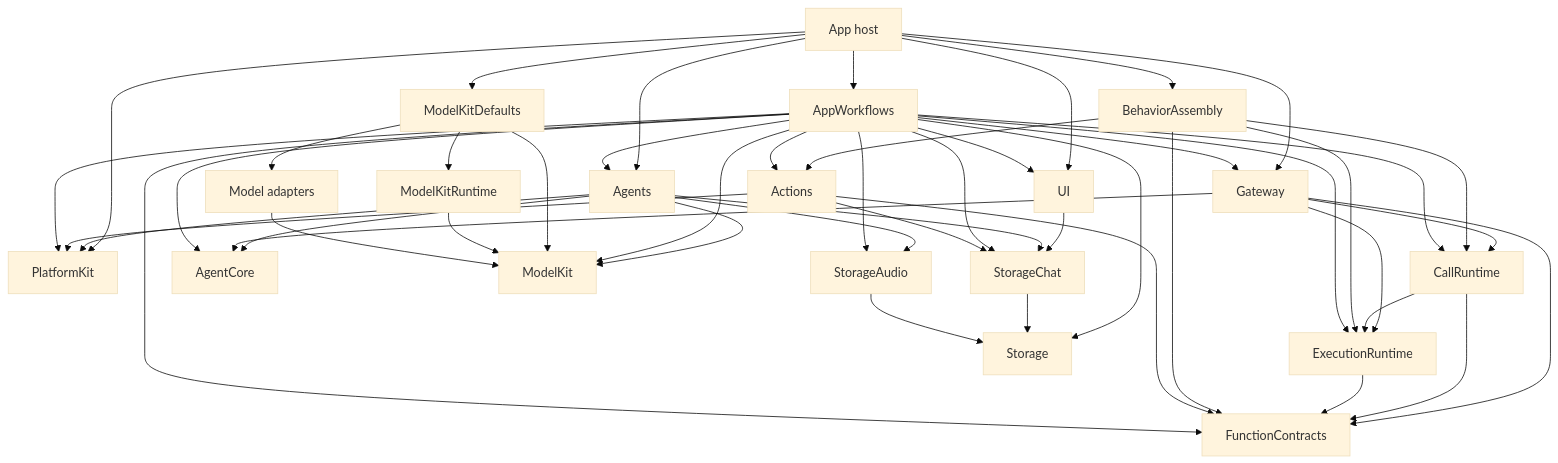
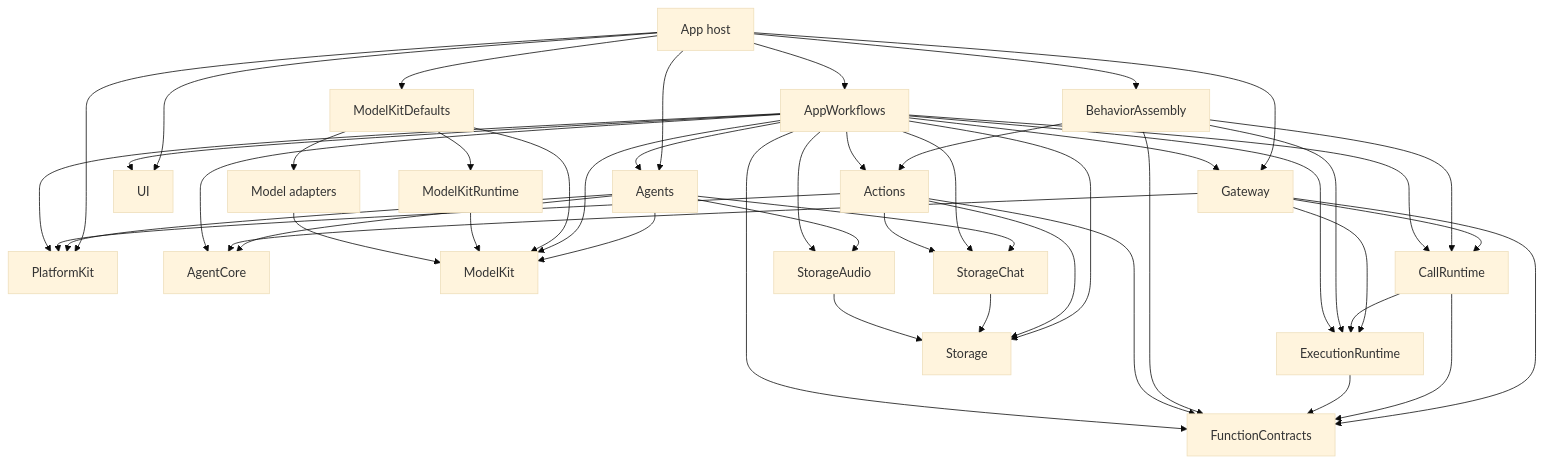
One commit to devilyouwei/MobileHarness changed the third of 29 diagrams in MobileHarness/README.md. Above: the diagram before and after it, drawn with Mermaid (base theme). The commit also changed other lines of this file and 201 other files, not shown here.

````diff
--- a/MobileHarness/README.md
+++ b/MobileHarness/README.md
@@ -124,56 +140,56 @@
 ```mermaid
 flowchart TB
     App[App host] --> Agents
     App --> Gateway
     App --> Assembly[BehaviorAssembly]
     App --> Workflows[AppWorkflows]
     App --> Defaults[ModelKitDefaults]
     App --> UI
     App --> PlatformKit
 
-    UI --> StorageChat
 
     Agents --> AgentCore
     Agents --> PlatformKit
     Agents --> ModelKit
     Agents --> StorageChat
     Agents --> StorageAudio
 
     Gateway --> AgentCore
     Gateway --> FunctionContracts
     Gateway --> ExecutionRuntime
     Gateway --> CallRuntime
     CallRuntime --> ExecutionRuntime
     CallRuntime --> FunctionContracts
     ExecutionRuntime --> FunctionContracts
 
     Assembly --> Actions
     Assembly --> FunctionContracts
     Assembly --> ExecutionRuntime
     Assembly --> CallRuntime
     Actions --> FunctionContracts
     Actions --> PlatformKit
 
     Workflows --> UI
     Workflows --> Storage
     Workflows --> StorageChat
     Workflows --> StorageAudio
     Workflows --> ModelKit
     Workflows --> PlatformKit
     Workflows --> Actions
     Workflows --> Agents
     Workflows --> Gateway
     Workflows --> AgentCore
     Workflows --> FunctionContracts
     Workflows --> ExecutionRuntime
     Workflows --> CallRuntime
 
     Actions --> StorageChat
+    Actions --> Storage
     StorageChat --> Storage
     StorageAudio --> Storage
     Defaults --> ModelKit
     Defaults --> ModelKitRuntime
     Defaults --> Adapters[Model adapters]
     ModelKitRuntime --> ModelKit
     Adapters --> ModelKit
 ```
````
